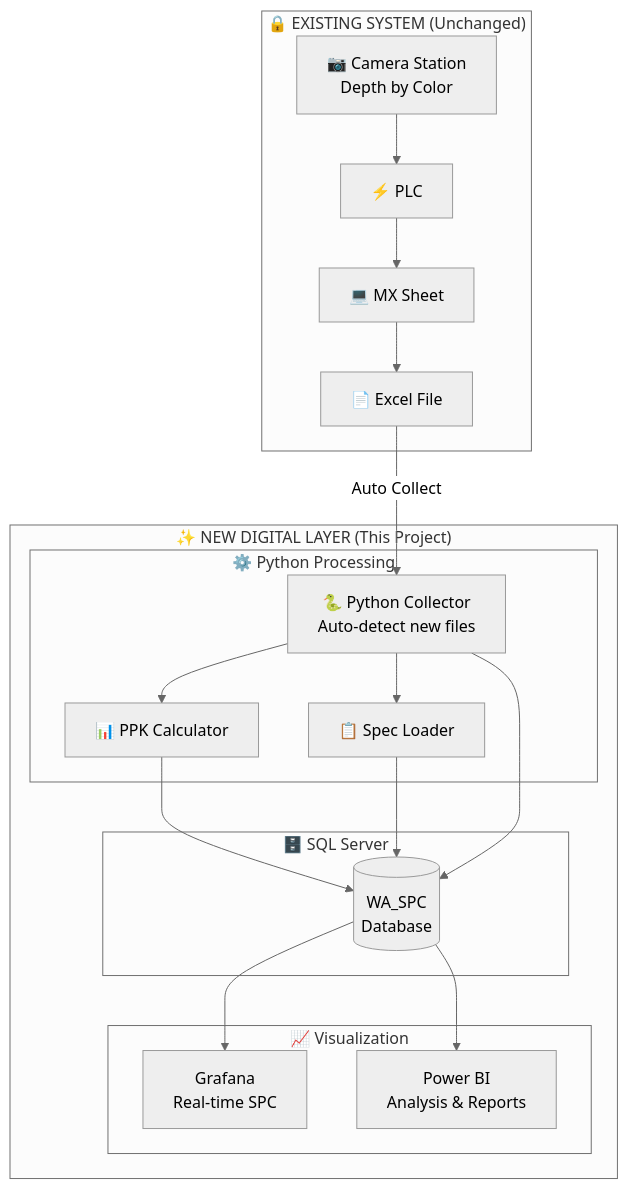
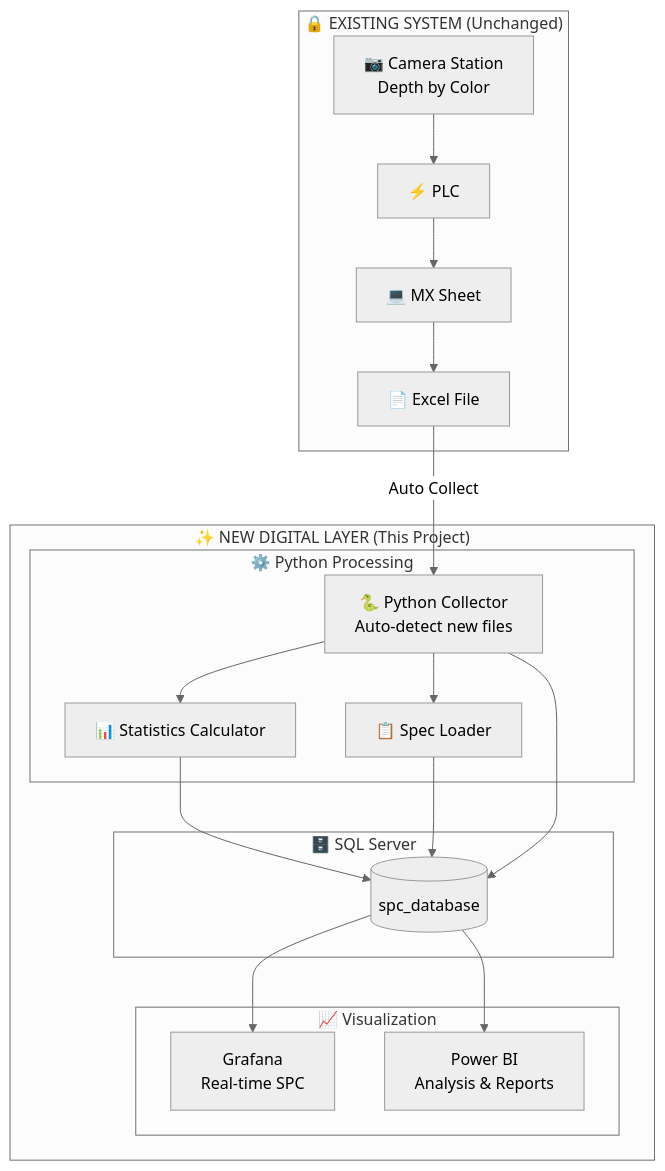
One commit to KSangmuang/SPC-Dashboard changed the second of 12 diagrams in README.md. Above: the diagram before and after it, drawn with Mermaid (neutral theme). The commit also changed other lines of this file, not shown here.

````diff
--- a/README.md
+++ b/README.md
@@ -97,39 +115,39 @@
 ```mermaid
 flowchart TB
     subgraph EXISTING["🔒 EXISTING SYSTEM (Unchanged)"]
         CAM[📷 Camera Station<br/>Depth by Color]
         PLC[⚡ PLC]
         MX[💻 MX Sheet]
         EXCEL[📄 Excel File]
-        
+
         CAM --> PLC
         PLC --> MX
         MX --> EXCEL
     end
-    
+
     subgraph NEW["✨ NEW DIGITAL LAYER (This Project)"]
         subgraph PROCESS["⚙️ Python Processing"]
             COLLECTOR[🐍 Python Collector<br/>Auto-detect new files]
-            PPK_CALC[📊 PPK Calculator]
+            STATS[📊 Statistics Calculator]
             SPEC[📋 Spec Loader]
         end
-        
+
         subgraph DATABASE["🗄️ SQL Server"]
-            DB[(WA_SPC<br/>Database)]
+            DB[(spc_database)]
         end
-        
+
         subgraph VISUAL["📈 Visualization"]
             GRAFANA[Grafana<br/>Real-time SPC]
             POWERBI[Power BI<br/>Analysis & Reports]
         end
     end
-    
+
     EXCEL -->|Auto Collect| COLLECTOR
-    COLLECTOR --> PPK_CALC
+    COLLECTOR --> STATS
     COLLECTOR --> SPEC
-    PPK_CALC --> DB
+    STATS --> DB
     SPEC --> DB
     COLLECTOR --> DB
     DB --> GRAFANA
     DB --> POWERBI
 ```
````
